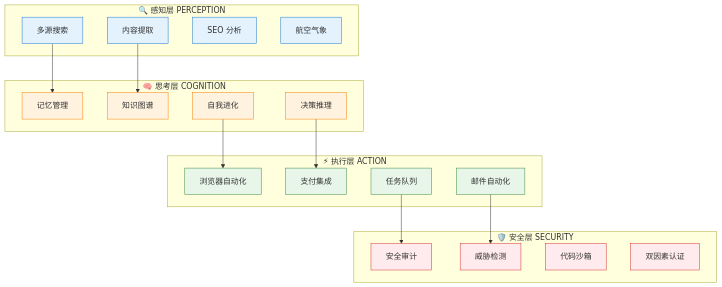
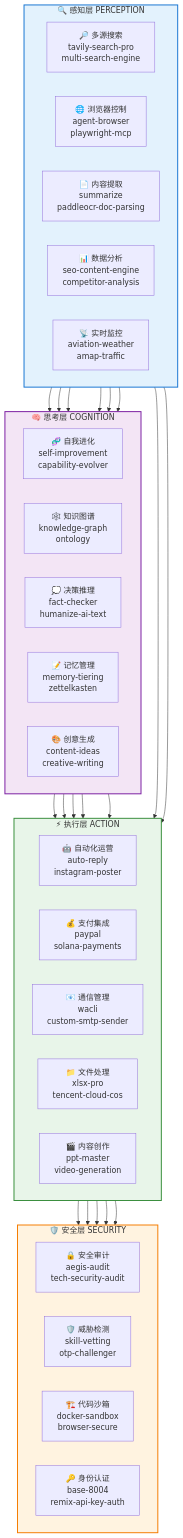
Before and after one commit to weininghui/skills: the first of 2 diagrams in README.md, drawn with Mermaid. The commit also changed other lines of this file, not shown here.

Commit message:
feat: redesign mermaid diagrams with richer architecture and 5 detailed workflow scenarios

````diff
--- a/README.md
+++ b/README.md
@@ -69,54 +69,61 @@
 ```mermaid
 graph TB
-    subgraph "🔍 感知层 PERCEPTION"
-        A1[多源搜索]
-        A2[内容提取]
-        A3[SEO 分析]
-        A4[航空气象]
+    subgraph PERCEPTION["🔍 感知层 PERCEPTION"]
+        direction LR
+        A1["🔎 多源搜索<br/>tavily-search-pro<br/>multi-search-engine"]
+        A2["🌐 浏览器控制<br/>agent-browser<br/>playwright-mcp"]
+        A3["📄 内容提取<br/>summarize<br/>paddleocr-doc-parsing"]
+        A4["📊 数据分析<br/>seo-content-engine<br/>competitor-analysis"]
+        A5["📡 实时监控<br/>aviation-weather<br/>amap-traffic"]
     end
 
-    subgraph "🧠 思考层 COGNITION"
-        B1[记忆管理]
-        B2[知识图谱]
-        B3[自我进化]
-        B4[决策推理]
+    subgraph COGNITION["🧠 思考层 COGNITION"]
+        direction LR
+        B1["🧬 自我进化<br/>self-improvement<br/>capability-evolver"]
+        B2["🕸️ 知识图谱<br/>knowledge-graph<br/>ontology"]
+        B3["💭 决策推理<br/>fact-checker<br/>humanize-ai-text"]
+        B4["📝 记忆管理<br/>memory-tiering<br/>zettelkasten"]
+        B5["🎨 创意生成<br/>content-ideas<br/>creative-writing"]
     end
 
-    subgraph "⚡ 执行层 ACTION"
-        C1[浏览器自动化]
-        C2[支付集成]
-        C3[任务队列]
-        C4[邮件自动化]
+    subgraph ACTION["⚡ 执行层 ACTION"]
+        direction LR
+        C1["🤖 自动化运营<br/>auto-reply<br/>instagram-poster"]
+        C2["💰 支付集成<br/>paypal<br/>solana-payments"]
+        C3["📧 通信管理<br/>wacli<br/>custom-smtp-sender"]
+        C4["📁 文件处理<br/>xlsx-pro<br/>tencent-cloud-cos"]
+        C5["🎬 内容创作<br/>ppt-master<br/>video-generation"]
     end
 
-    subgraph "🛡️ 安全层 SECURITY"
-        D1[安全审计]
-        D2[威胁检测]
-        D3[代码沙箱]
-        D4[双因素认证]
+    subgraph SECURITY["🛡️ 安全层 SECURITY"]
+        direction LR
+        D1["🔒 安全审计<br/>aegis-audit<br/>tech-security-audit"]
+        D2["🛡️ 威胁检测<br/>skill-vetting<br/>otp-challenger"]
+        D3["🏗️ 代码沙箱<br/>docker-sandbox<br/>browser-secure"]
+        D4["🔑 身份认证<br/>base-8004<br/>remix-api-key-auth"]
     end
 
     A1 --> B1
-    A2 --> B2
-    B3 --> C1
-    B4 --> C2
-    C3 --> D1
-    C4 --> D2
+    A1 --> B2
+    A2 --> B3
+    A2 --> C1
+    A3 --> B4
+    A3 --> B5
+    A4 --> B3
+    A5 --> C1
+    B1 --> C1
+    B2 --> C4
+    B3 --> C2
+    B4 --> C5
+    B5 --> C5
+    C1 --> D1
+    C2 --> D2
+    C3 --> D3
+    C4 --> D4
+    C5 --> D1
 
-    style A1 fill:#E3F2FD,stroke:#1976D2
-    style A2 fill:#E3F2FD,stroke:#1976D2
-    style A3 fill:#E3F2FD,stroke:#1976D2
-    style A4 fill:#E3F2FD,stroke:#1976D2
-    style B1 fill:#FFF3E0,stroke:#F57C00
-    style B2 fill:#FFF3E0,stroke:#F57C00
-    style B3 fill:#FFF3E0,stroke:#F57C00
-    style B4 fill:#FFF3E0,stroke:#F57C00
-    style C1 fill:#E8F5E9,stroke:#388E3C
-    style C2 fill:#E8F5E9,stroke:#388E3C
-    style C3 fill:#E8F5E9,stroke:#388E3C
-    style C4 fill:#E8F5E9,stroke:#388E3C
-    style D1 fill:#FFEBEE,stroke:#D32F2F
-    style D2 fill:#FFEBEE,stroke:#D32F2F
-    style D3 fill:#FFEBEE,stroke:#D32F2F
-    style D4 fill:#FFEBEE,stroke:#D32F2F
+    style PERCEPTION fill:#E3F2FD,stroke:#1976D2,stroke-width:2px
+    style COGNITION fill:#F3E5F5,stroke:#7B1FA2,stroke-width:2px
+    style ACTION fill:#E8F5E9,stroke:#388E3C,stroke-width:2px
+    style SECURITY fill:#FFF3E0,stroke:#F57C00,stroke-width:2px
 ```
````
